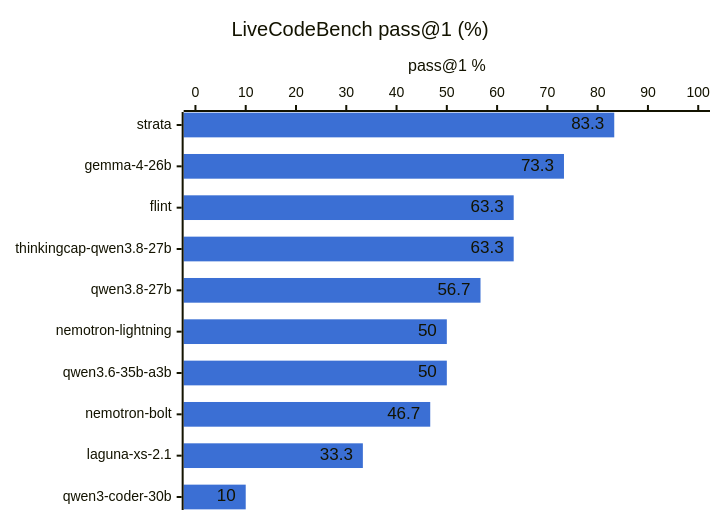
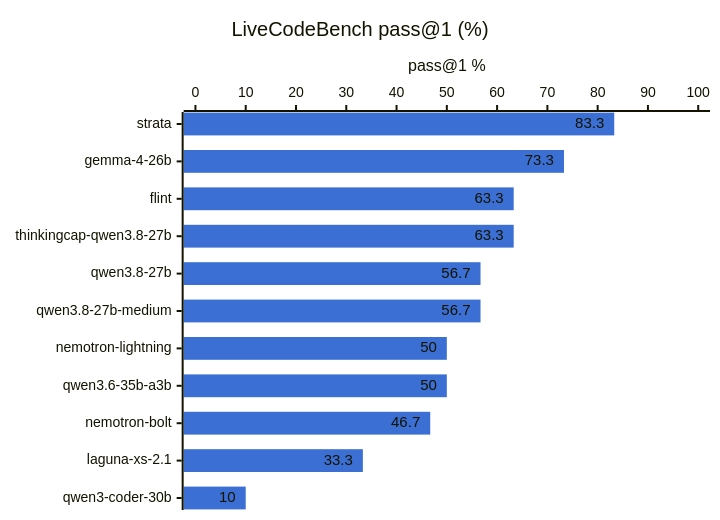
Before and after one commit to hofftodd/ai-bench: the second of 3 diagrams in RESULTS.md, drawn with Mermaid. The commit also changed other lines of this file and 5 other files, not shown here.

First line of the commit message:
Write up LCB 64k, Strata re-run and qwen3.8 medium effort; queue finished

````diff
--- a/RESULTS.md
+++ b/RESULTS.md
@@ -20,8 +20,8 @@
 ```mermaid
 %%{init: {"xyChart": {"showDataLabel": true}, "themeVariables": {"xyChart": {"plotColorPalette": "#3b6fd4"}}}}%%
 xychart-beta horizontal
     title "LiveCodeBench pass@1 (%)"
-    x-axis ["strata", "gemma-4-26b", "flint", "thinkingcap-qwen3.8-27b", "qwen3.8-27b", "nemotron-lightning", "qwen3.6-35b-a3b", "nemotron-bolt", "laguna-xs-2.1", "qwen3-coder-30b"]
+    x-axis ["strata", "gemma-4-26b", "flint", "thinkingcap-qwen3.8-27b", "qwen3.8-27b", "qwen3.8-27b-medium", "nemotron-lightning", "qwen3.6-35b-a3b", "nemotron-bolt", "laguna-xs-2.1", "qwen3-coder-30b"]
     y-axis "pass@1 %" 0 --> 100
-    bar [83.3, 73.3, 63.3, 63.3, 56.7, 50.0, 50.0, 46.7, 33.3, 10.0]
+    bar [83.3, 73.3, 63.3, 63.3, 56.7, 56.7, 50.0, 50.0, 46.7, 33.3, 10.0]
 ```
````
